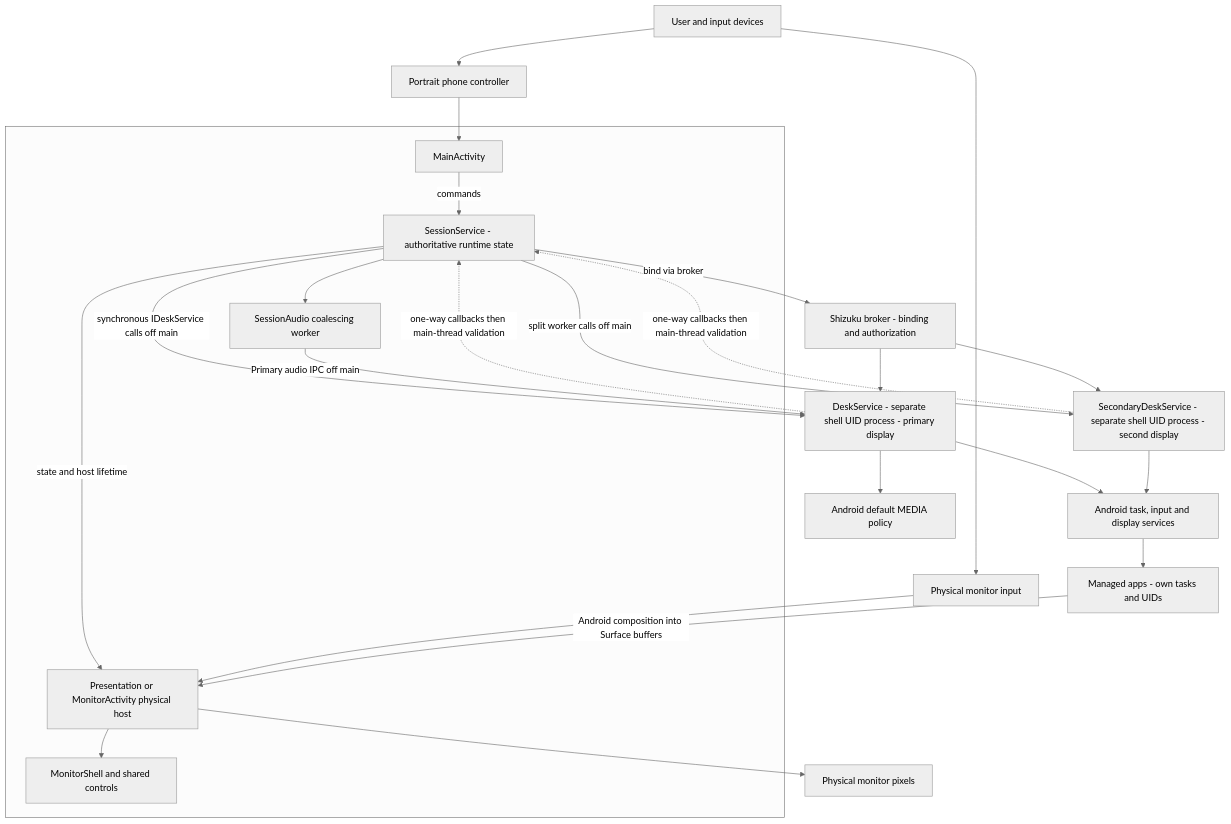
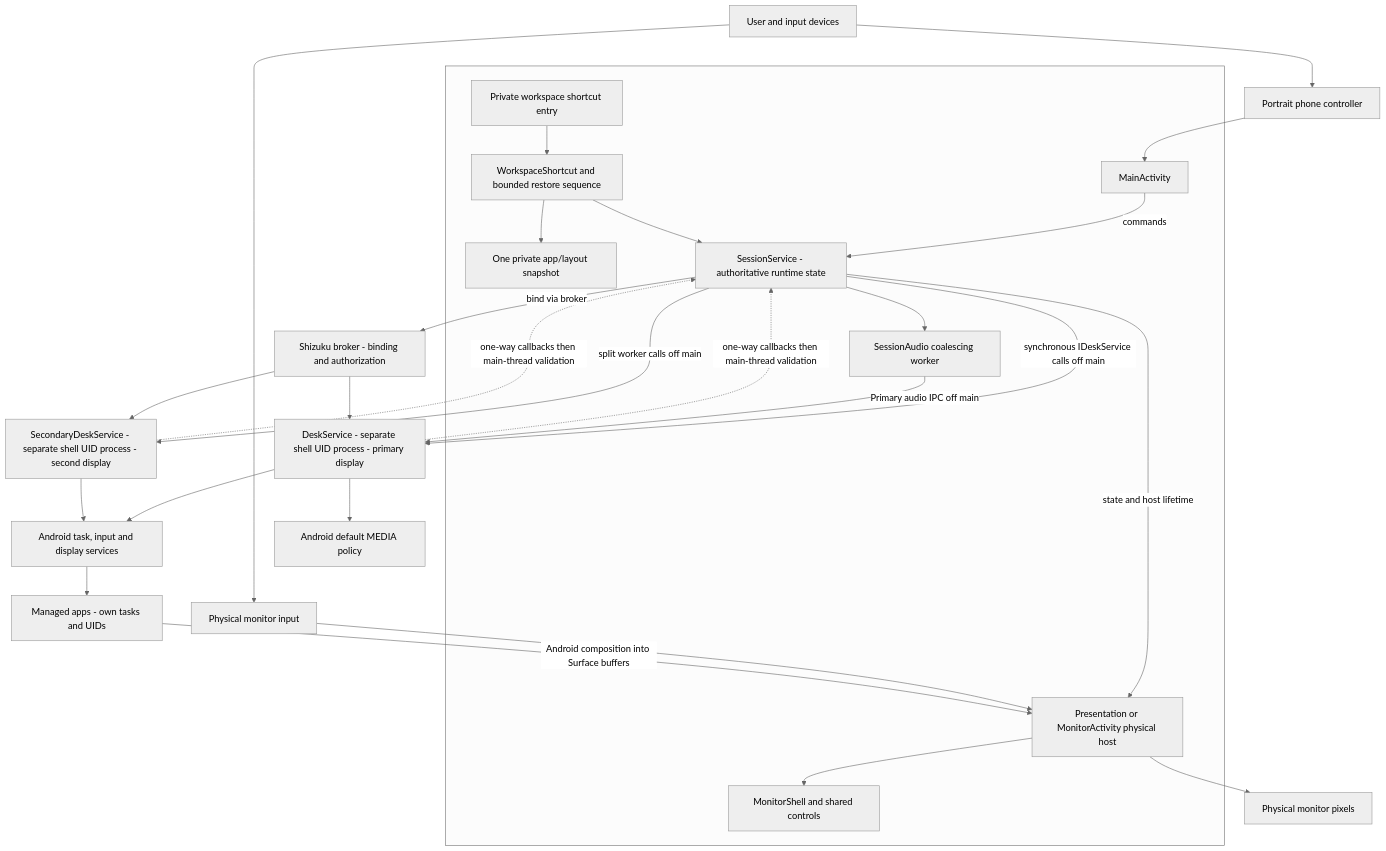
Before and after one commit to PhiLong-Ho/DexDroid: the first of 3 diagrams in docs/architecture/README.md, drawn with Mermaid (neutral theme). The commit also changed other lines of this file and 47 other files, not shown here.

Commit message:
Add saved workspace Home screen shortcut (#10)

````diff
--- a/docs/architecture/README.md
+++ b/docs/architecture/README.md
@@ -17,36 +17,42 @@
 ```mermaid
 flowchart TB
     User[User and input devices] --> Phone[Portrait phone controller]
     User --> Physical[Physical monitor input]
     subgraph App[" "]
         Main[MainActivity]
+        Shortcut[Private workspace shortcut entry]
+        Workspace[WorkspaceShortcut and bounded restore sequence]
+        Saved[One private app/layout snapshot]
         Session[SessionService - authoritative runtime state]
         Audio[SessionAudio coalescing worker]
         Host[Presentation or MonitorActivity physical host]
         UI[MonitorShell and shared controls]
         Main -->|commands| Session
         Session --> Audio
         Session -->|state and host lifetime| Host
         Host --> UI
     end
     Phone --> Main
+    Shortcut --> Workspace
+    Workspace --> Session
+    Workspace --> Saved
     Physical --> Host
     Broker[Shizuku broker - binding and authorization]
     Primary[DeskService - separate shell UID process - primary display]
     Secondary[SecondaryDeskService - separate shell UID process - second display]
     Session -->|bind via broker| Broker
     Broker --> Primary
     Broker --> Secondary
     Session -->|synchronous IDeskService calls off main| Primary
     Session -->|split worker calls off main| Secondary
     Primary -.->|one-way callbacks then main-thread validation| Session
     Secondary -.->|one-way callbacks then main-thread validation| Session
     OS[Android task, input and display services]
     Audio -->|Primary audio IPC off main| Primary
     Primary --> Media[Android default MEDIA policy]
     Primary --> OS
     Secondary --> OS
     OS --> Managed[Managed apps - own tasks and UIDs]
     Managed -->|Android composition into Surface buffers| Host
     Host --> Output[Physical monitor pixels]
 ```
````
